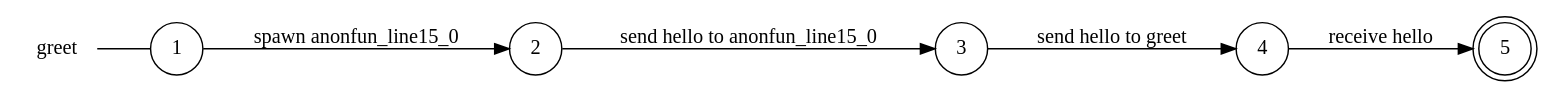
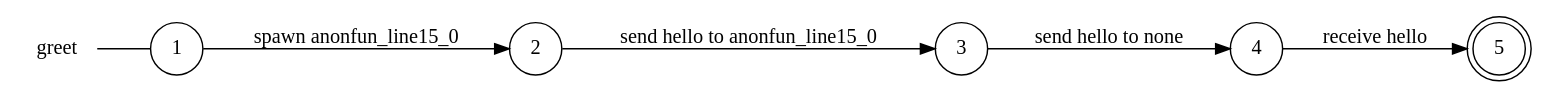
Before and after one commit to gabrielegenovese/chorer: the diagram in examples/high-order-fun/greet_local_view.dot, drawn with Graphviz. The commit also changed 71 other files, not shown here.

```diff
--- a/examples/high-order-fun/greet_local_view.dot
+++ b/examples/high-order-fun/greet_local_view.dot
@@ -1,15 +1,15 @@
 digraph greet {
 	rankdir="LR";
 	n_0 [label="greet", shape="plaintext"];
 	n_1 [id="5", shape=doublecircle, label="5"];
 	n_2 [id="1", shape=circle, label="1"];
 	n_0 -> n_2 [arrowhead=none];
 	n_3 [id="2", shape=circle, label="2"];
 	n_4 [id="4", shape=circle, label="4"];
 	n_5 [id="3", shape=circle, label="3"];
 
 	n_4 -> n_1 [id="[$e|3]", label="receive hello"];
 	n_2 -> n_3 [id="[$e|1]", label="spawn anonfun_line15_0"];
 	n_3 -> n_5 [id="[$e|0]", label="send hello to anonfun_line15_0"];
-	n_5 -> n_4 [id="[$e|2]", label="send hello to greet"];
+	n_5 -> n_4 [id="[$e|2]", label="send hello to none"];
 }
```
